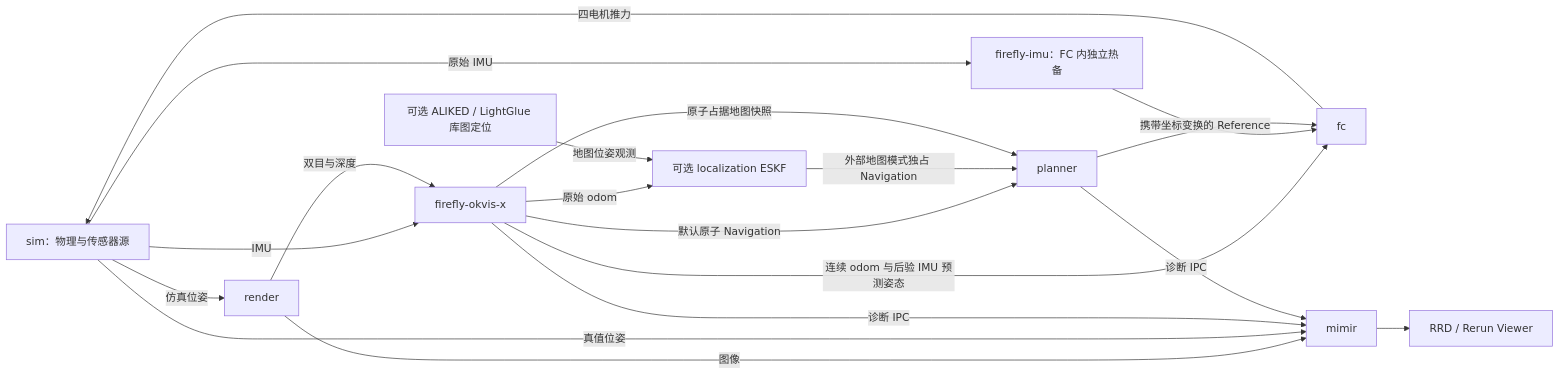
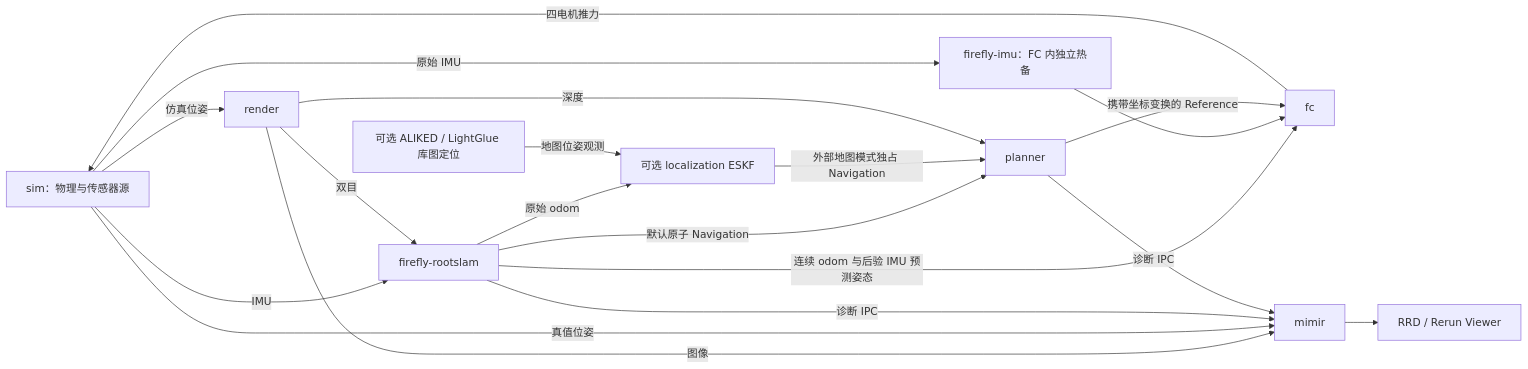
The first of 4 diagrams in docs/architecture.md (3SE-Competitive-Robotics-Team/firefly), drawn with Mermaid before and after one commit. The commit also changed other lines of this file and 323 other files, not shown here.

Commit message:
refactor(navigation): 统一 RootSLAM 与 planner 自持 EGO 深度建图

````diff
--- a/docs/architecture.md
+++ b/docs/architecture.md
@@ -11,21 +11,21 @@
 ```mermaid
 flowchart LR
-    SIM[sim：物理与传感器源] -->|IMU| V[firefly-okvis-x]
+    SIM[sim：物理与传感器源] -->|IMU| V[firefly-rootslam]
     SIM -->|仿真位姿| R[render]
-    R -->|双目与深度| V
+    R -->|双目| V
     V -->|连续 odom 与后验 IMU 预测姿态| F[fc]
     SIM -->|原始 IMU| I[firefly-imu：FC 内独立热备]
     I --> F
     F -->|四电机推力| SIM
     V -->|默认原子 Navigation| P[planner]
     V -->|原始 odom| L[可选 localization ESKF]
     A[可选 ALIKED / LightGlue 库图定位] -->|地图位姿观测| L
     L -->|外部地图模式独占 Navigation| P
-    V -->|原子占据地图快照| P
+    R -->|深度| P
     P -->|携带坐标变换的 Reference| F
     R -->|图像| D[mimir]
     SIM -->|真值位姿| D
     V -->|诊断 IPC| D
     P -->|诊断 IPC| D
     D --> RRD[RRD / Rerun Viewer]
 ```
````
